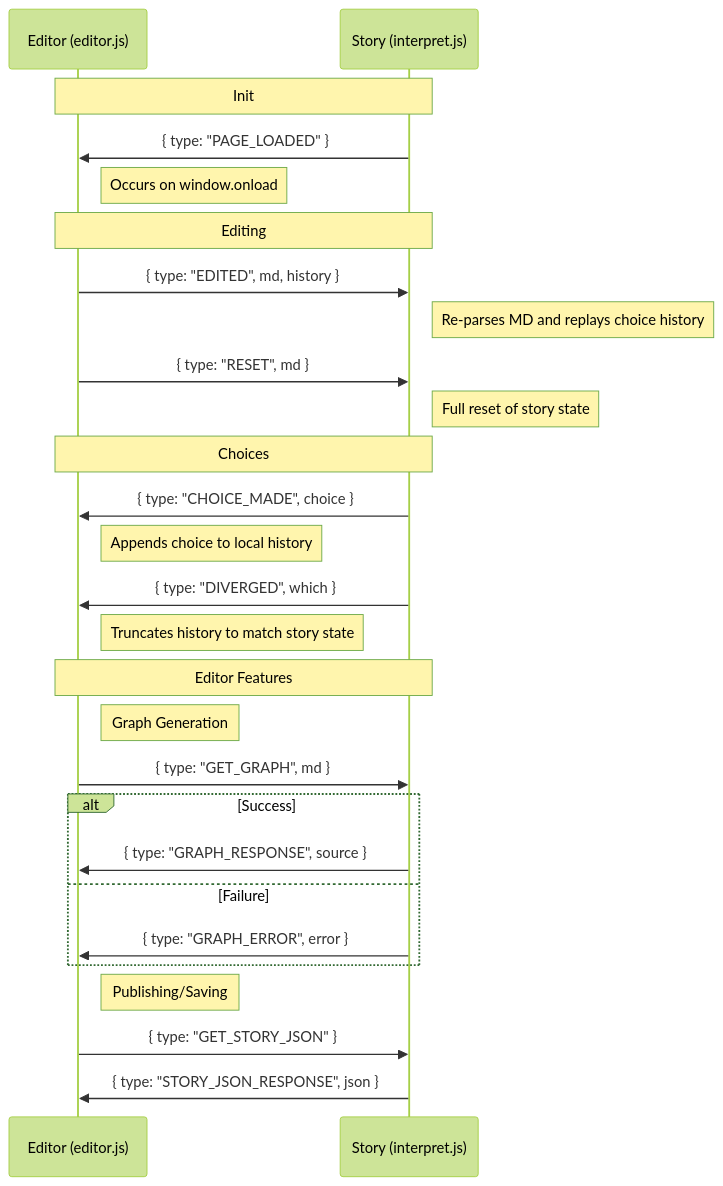
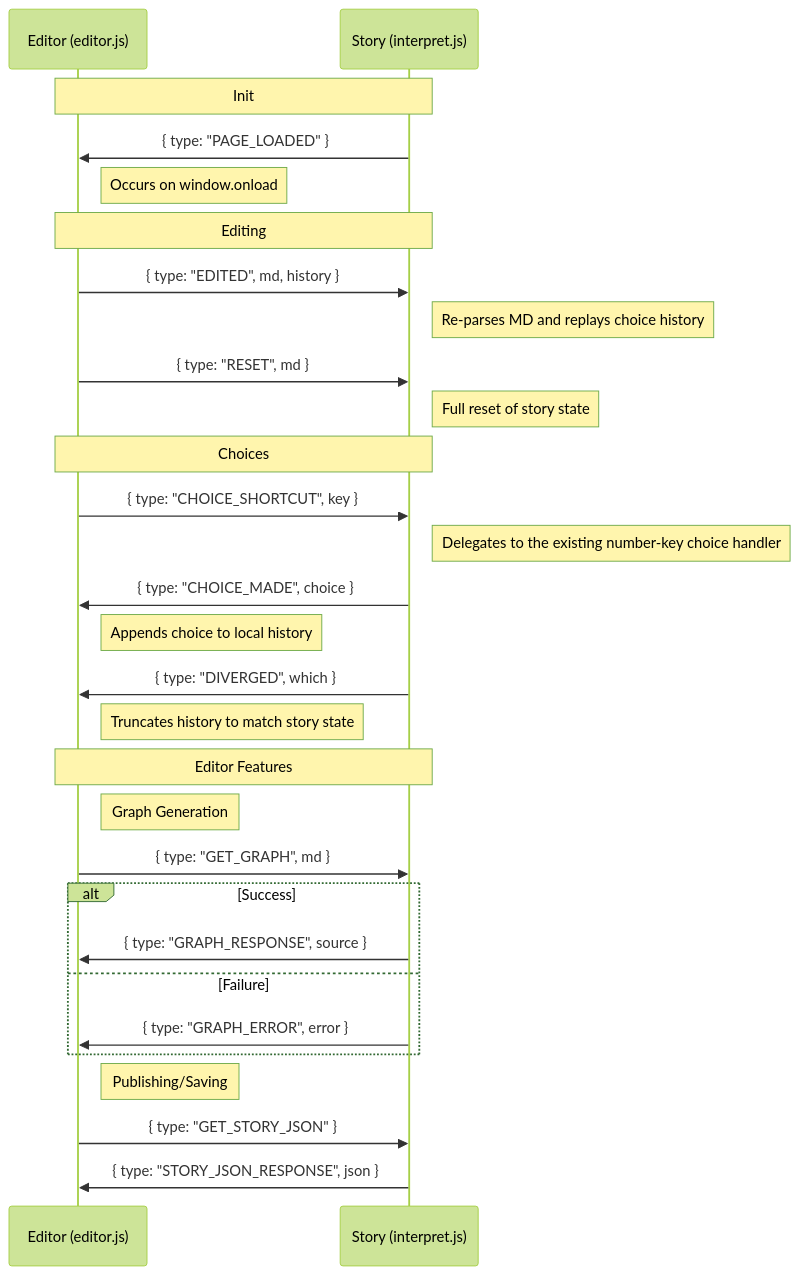
One commit to dariusf/fable changed the diagram in docs.md. Above: the diagram before and after it, drawn with Mermaid (forest theme). The commit also changed 3 other files, not shown here.

````diff
--- a/docs.md
+++ b/docs.md
@@ -451,38 +451,41 @@
 ```mermaid
 sequenceDiagram
     participant E as Editor (editor.js)
     participant S as Story (interpret.js)
 
     Note over E, S: Init
     S->>E: { type: "PAGE_LOADED" }
     Note right of E: Occurs on window.onload
 
     Note over E, S: Editing
     E->>S: { type: "EDITED", md, history }
     Note right of S: Re-parses MD and replays choice history
 
     E->>S: { type: "RESET", md }
     Note right of S: Full reset of story state
 
     Note over E, S: Choices
+    E->>S: { type: "CHOICE_SHORTCUT", key }
+    Note right of S: Delegates to the existing number-key choice handler
+
     S->>E: { type: "CHOICE_MADE", choice }
     Note right of E: Appends choice to local history
 
     S->>E: { type: "DIVERGED", which }
     Note right of E: Truncates history to match story state
 
     Note over E, S: Editor Features
 
         Note right of E: Graph Generation
         E->>S: { type: "GET_GRAPH", md }
         alt Success
             S->>E: { type: "GRAPH_RESPONSE", source }
         else Failure
             S->>E: { type: "GRAPH_ERROR", error }
         end
 
 
         Note right of E: Publishing/Saving
         E->>S: { type: "GET_STORY_JSON" }
         S->>E: { type: "STORY_JSON_RESPONSE", json }
 ```
````
